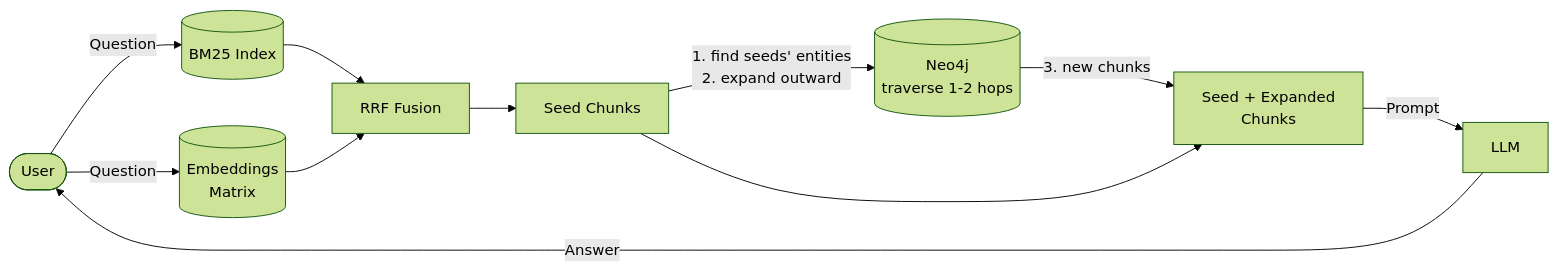
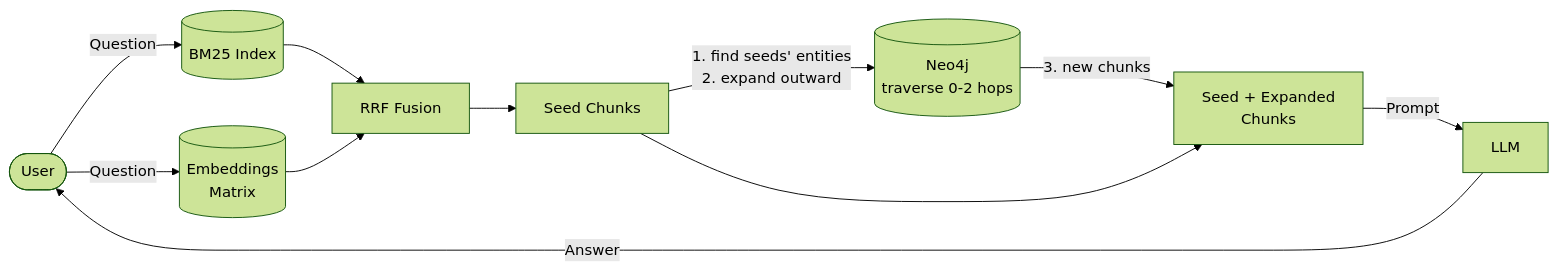
Before and after one commit to DimYiannis/Constrained-GraphRag: the second of 2 diagrams in README.md, drawn with Mermaid (forest theme). The commit also changed other lines of this file, not shown here.

````diff
--- a/README.md
+++ b/README.md
@@ -86,24 +86,24 @@
 ```mermaid
 flowchart LR
     user(["User"])
     lex[("BM25 Index")]
     sem[("Embeddings<br/>Matrix")]
     fusion["RRF Fusion"]
     seeds["Seed Chunks"]
-    neodb[("Neo4j<br/>traverse 1-2 hops")]
+    neodb[("Neo4j<br/>traverse 0-2 hops")]
     merged["Seed + Expanded<br/>Chunks"]
     llm["LLM"]
 
     user -- "Question" --> lex
     user -- "Question" --> sem
     lex --> fusion
     sem --> fusion
     fusion --> seeds
 
     seeds -- "1. find seeds' entities<br/>2. expand outward" --> neodb
     neodb -- "3. new chunks" --> merged
     seeds --> merged
 
     merged -- "Prompt" --> llm
     llm -- "Answer" --> user
 ```
````
